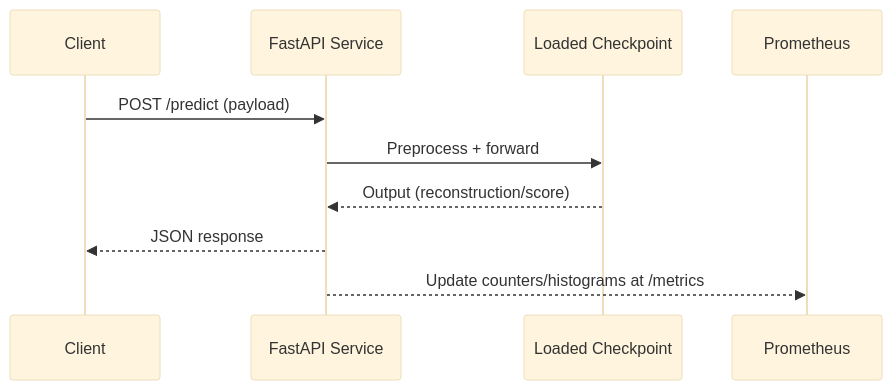
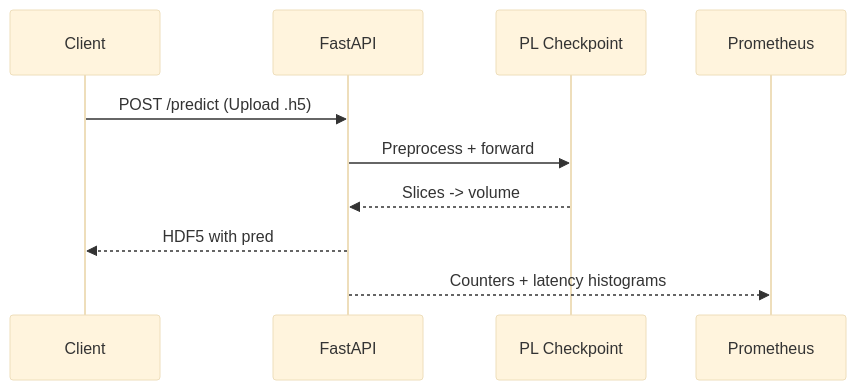
The second of 2 diagrams in README.md (mzdwedar/FastMRI-Image-Construction), drawn with Mermaid (base theme) before and after one commit. The commit also changed other lines of this file, not shown here.

````diff
--- a/README.md
+++ b/README.md
@@ -24,13 +48,12 @@
 ```mermaid
 sequenceDiagram
   participant Client
-  participant API as FastAPI Service
-  participant Model as Loaded Checkpoint
+  participant API as FastAPI
+  participant Model as PL Checkpoint
   participant Mon as Prometheus
-
-  Client->>API: POST /predict (payload)
+  Client->>API: POST /predict (Upload .h5)
   API->>Model: Preprocess + forward
-  Model-->>API: Output (reconstruction/score)
-  API-->>Client: JSON response
-  API-->>Mon: Update counters/histograms at /metrics
+  Model-->>API: Slices -> volume
+  API-->>Client: HDF5 with pred
+  API-->>Mon: Counters + latency histograms
 ```
````
